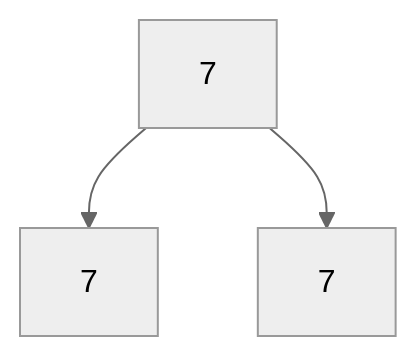
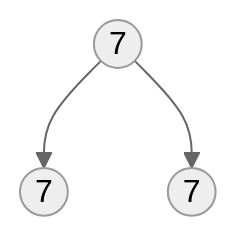
Before and after one commit to 3strategy/BeautifulMivney: diagram 14 of 15 in cst/6binnode/Ex6a2binnode.md, drawn with Mermaid (neutral theme). The commit also changed other lines of this file and 3 other files, not shown here.

````diff
--- a/cst/6binnode/Ex6a2binnode.md
+++ b/cst/6binnode/Ex6a2binnode.md
@@ -276,5 +276,5 @@
     ```mermaid
     flowchart TB
-      A[7] --> B[7]:::leaf
-      A --> C[7]:::leaf
+      A((7)) --> B((7)):::leaf
+      A --> C((7)):::leaf
     ```
````
